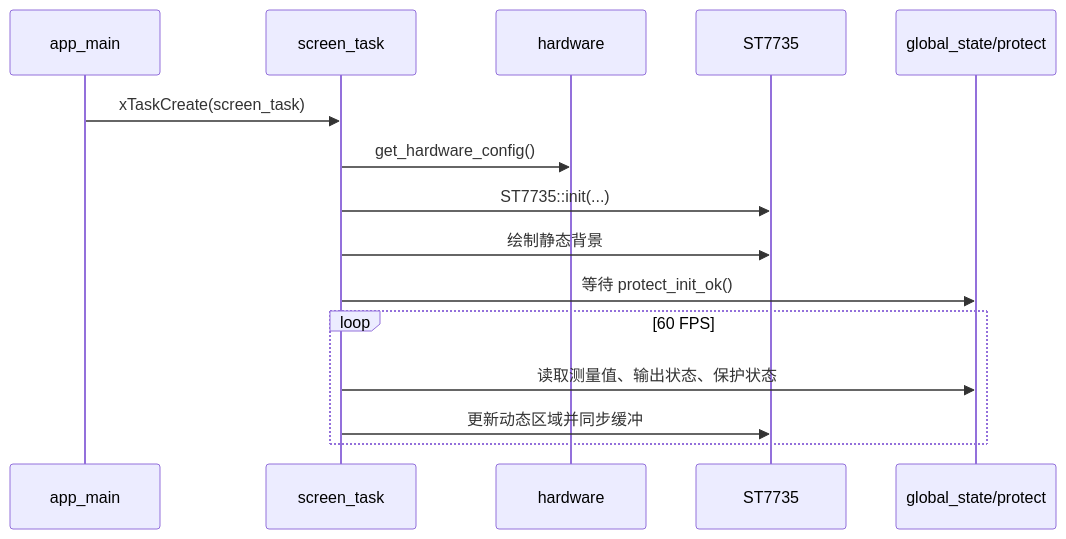
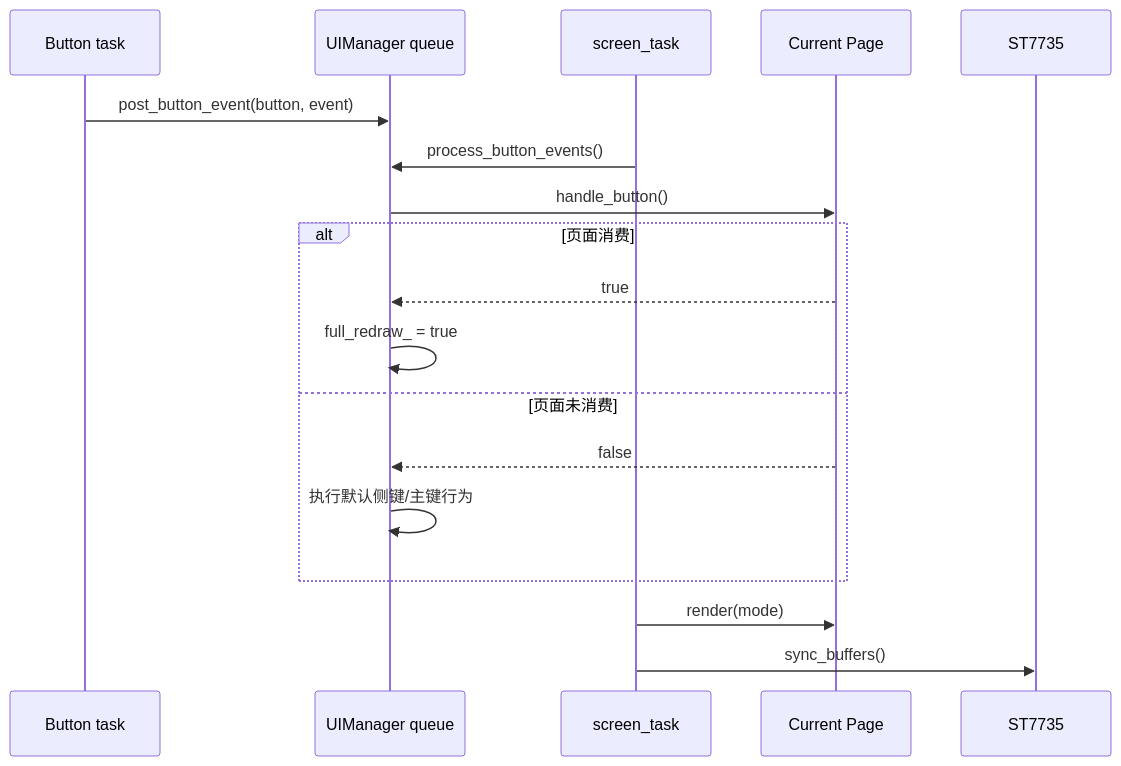
Before and after one commit to qingmeijiupiao/Wireless_power_meter_lite: the second of 2 diagrams in components/app/screen/README.md, drawn with Mermaid. The commit also changed other lines of this file and 12 other files, not shown here.

````diff
--- a/components/app/screen/README.md
+++ b/components/app/screen/README.md
@@ -24,18 +33,21 @@
 ```mermaid
 sequenceDiagram
-    participant Main as app_main
+    participant Btn as Button task
+    participant UI as UIManager queue
     participant Screen as screen_task
-    participant HW as hardware
+    participant Page as Current Page
     participant LCD as ST7735
-    participant State as global_state/protect
 
-    Main->>Screen: xTaskCreate(screen_task)
-    Screen->>HW: get_hardware_config()
-    Screen->>LCD: ST7735::init(...)
-    Screen->>LCD: 绘制静态背景
-    Screen->>State: 等待 protect_init_ok()
-    loop 60 FPS
-        Screen->>State: 读取测量值、输出状态、保护状态
-        Screen->>LCD: 更新动态区域并同步缓冲
+    Btn->>UI: post_button_event(button, event)
+    Screen->>UI: process_button_events()
+    UI->>Page: handle_button()
+    alt 页面消费
+        Page-->>UI: true
+        UI->>UI: full_redraw_ = true
+    else 页面未消费
+        Page-->>UI: false
+        UI->>UI: 执行默认侧键/主键行为
     end
+    Screen->>Page: render(mode)
+    Screen->>LCD: sync_buffers()
 ```
````
